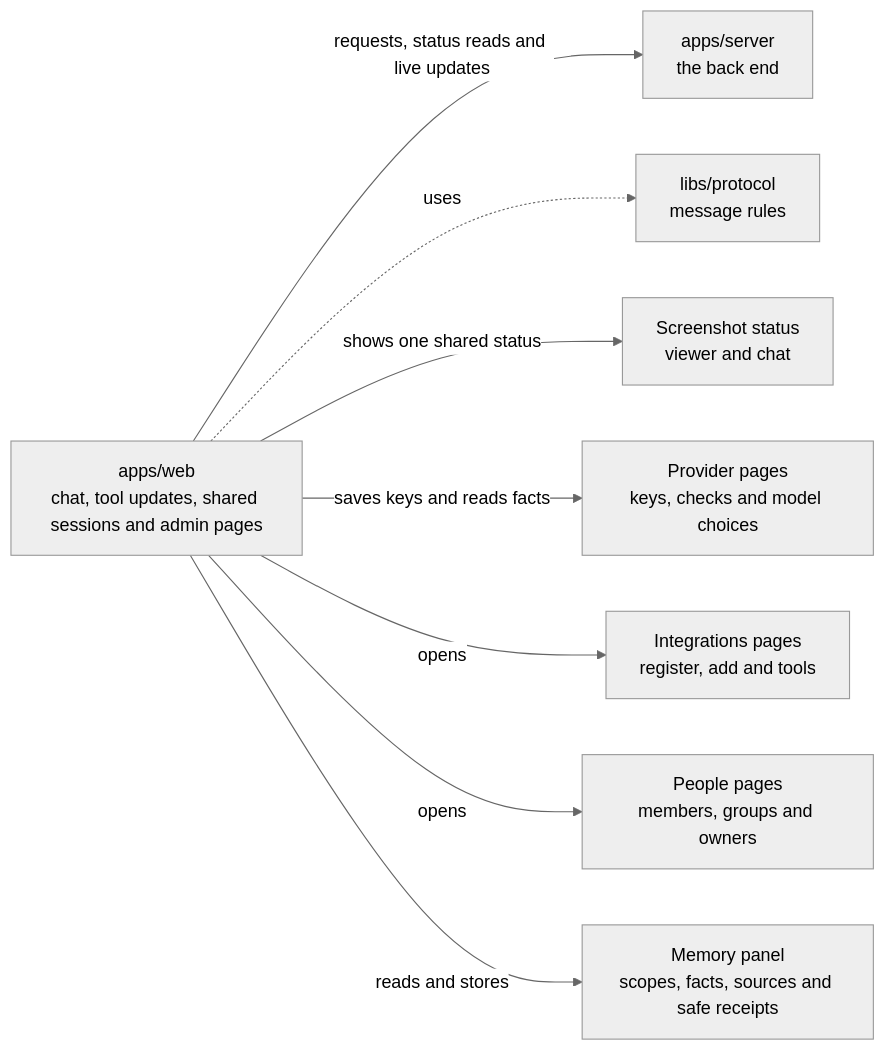
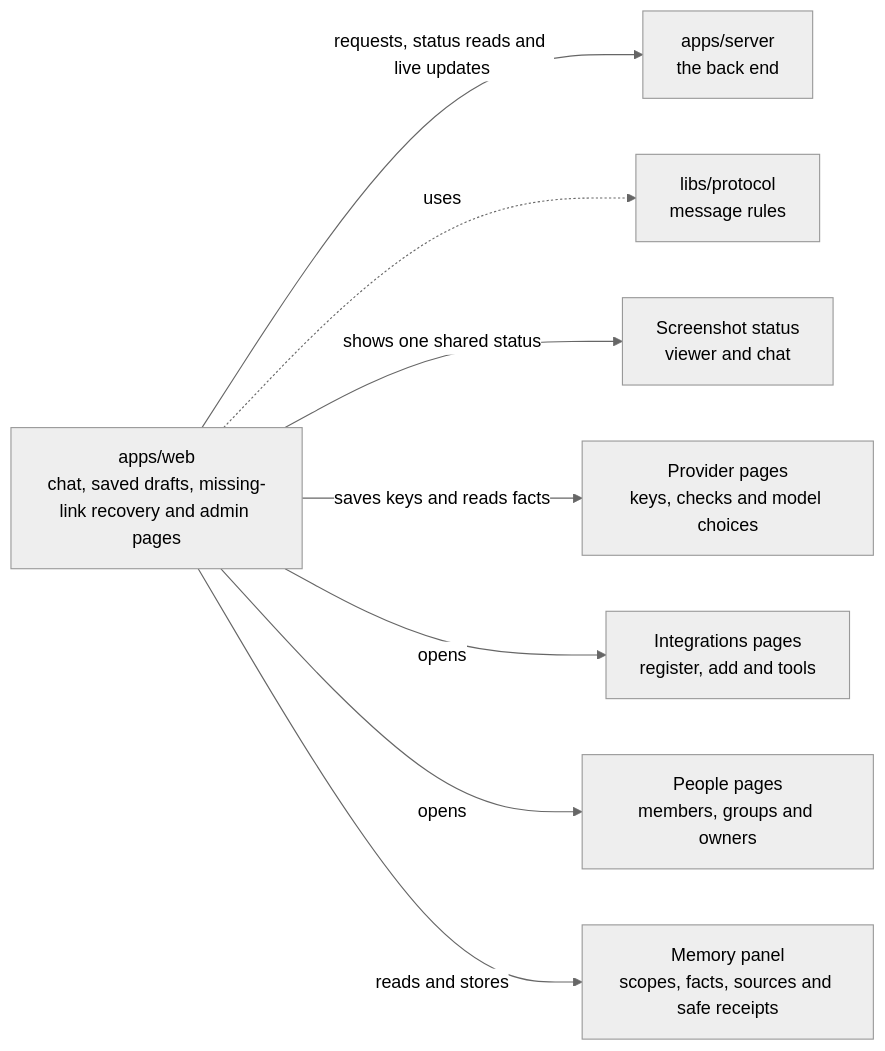
The diagram in apps/web/README.md (elewa-git/opencrane-new), drawn with Mermaid (neutral theme) before and after one commit. The commit also changed other lines of this file and 98 other files, not shown here.

````diff
--- a/apps/web/README.md
+++ b/apps/web/README.md
@@ -11,10 +11,10 @@
 ```mermaid
 flowchart LR
-  web["apps/web<br/>chat, tool updates, shared sessions and admin pages"] -->|requests, status reads and live updates| server["apps/server<br/>the back end"]
+  web["apps/web<br/>chat, saved drafts, missing-link recovery and admin pages"] -->|requests, status reads and live updates| server["apps/server<br/>the back end"]
   web -.->|uses| protocol["libs/protocol<br/>message rules"]
   web -->|shows one shared status| capture["Screenshot status<br/>viewer and chat"]
   web -->|saves keys and reads facts| providers["Provider pages<br/>keys, checks and model choices"]
   web -->|opens| integrations["Integrations pages<br/>register, add and tools"]
   web -->|opens| people["People pages<br/>members, groups and owners"]
   web -->|reads and stores| memory["Memory panel<br/>scopes, facts, sources and safe receipts"]
 ```
````
